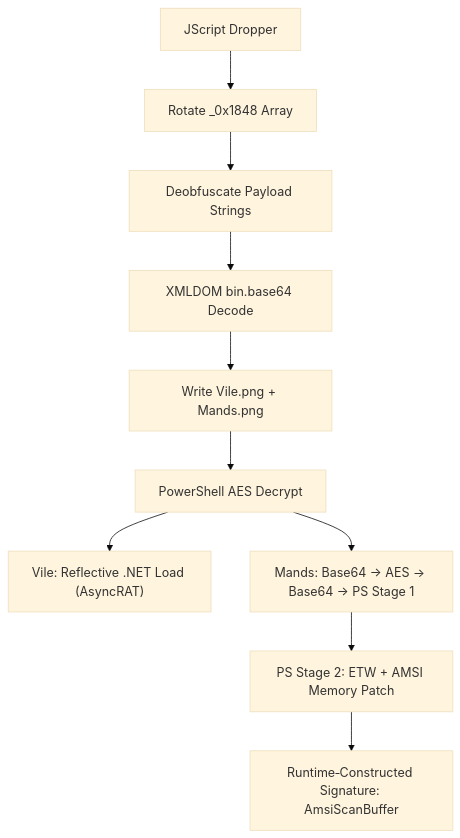
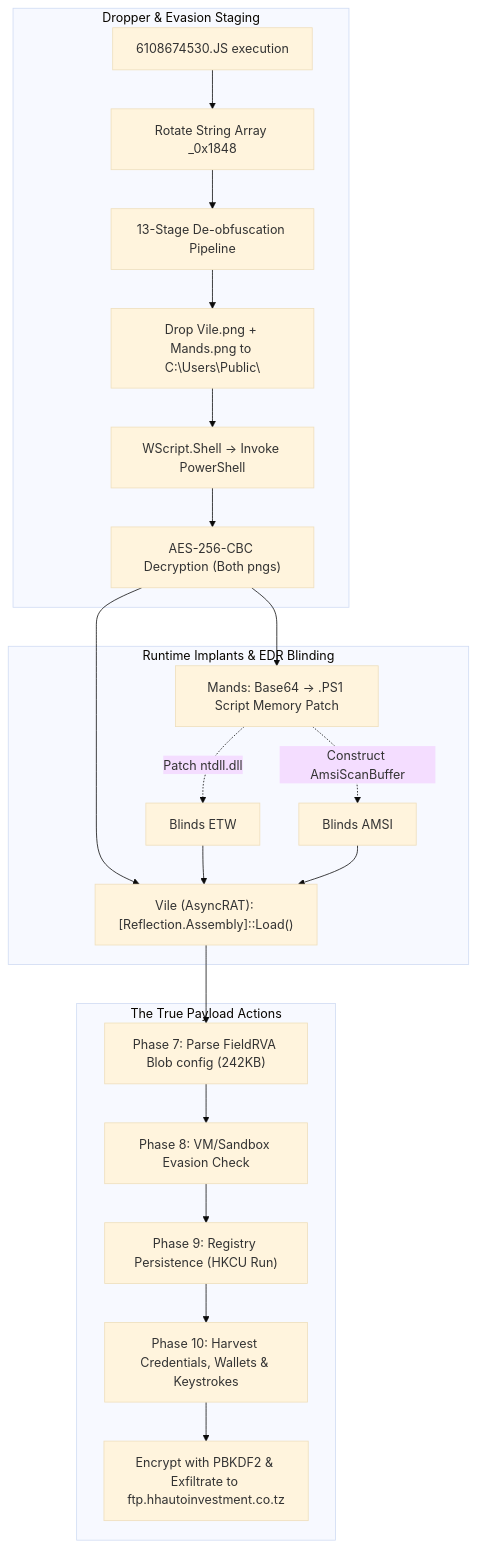
Before and after one commit to gabrielsuarezz/pantheon: the diagram in MALWARE/discoveries.md, drawn with Mermaid (base theme). The commit also changed other lines of this file and 1 other file, not shown here.

````diff
--- a/MALWARE/discoveries.md
+++ b/MALWARE/discoveries.md
@@ -101,12 +106,27 @@
 ```mermaid
 flowchart TD
-  A["JScript Dropper"] --> B["Rotate _0x1848 Array"]
-  B --> C["Deobfuscate Payload Strings"]
-  C --> D["XMLDOM bin.base64 Decode"]
-  D --> E["Write Vile.png + Mands.png"]
-  E --> F["PowerShell AES Decrypt"]
-  F --> G["Vile: Reflective .NET Load (AsyncRAT)"]
-  F --> H["Mands: Base64 -> AES -> Base64 -> PS Stage 1"]
-  H --> I["PS Stage 2: ETW + AMSI Memory Patch"]
-  I --> J["Runtime‑Constructed Signature: AmsiScanBuffer"]
+    subgraph Dropper & Evasion Staging
+        A["6108674530.JS execution"] --> B["Rotate String Array _0x1848"]
+        B --> C["13-Stage De-obfuscation Pipeline"]
+        C --> D["Drop Vile.png + Mands.png to C:\Users\Public\"]
+        D --> E["WScript.Shell -> Invoke PowerShell"]
+        E --> F["AES-256-CBC Decryption (Both pngs)"]
+    end
+
+    subgraph Runtime Implants & EDR Blinding
+        F --> G["Mands: Base64 -> .PS1 Script Memory Patch"]
+        G -.-> |"Patch ntdll.dll"| H["Blinds ETW"]
+        G -.-> |"Construct AmsiScanBuffer"| I["Blinds AMSI"]
+        
+        F --> J["Vile (AsyncRAT): [Reflection.Assembly]::Load()"]
+        H & I --> J
+    end
+
+    subgraph The True Payload Actions
+        J --> K["Phase 7: Parse FieldRVA Blob config (242KB)"]
+        K --> L["Phase 8: VM/Sandbox Evasion Check"]
+        L --> M["Phase 9: Registry Persistence (HKCU Run)"]
+        M --> N["Phase 10: Harvest Credentials, Wallets & Keystrokes"]
+        N --> O["Encrypt with PBKDF2 & Exfiltrate to ftp.hhautoinvestment.co.tz"]
+    end
 ```
````
